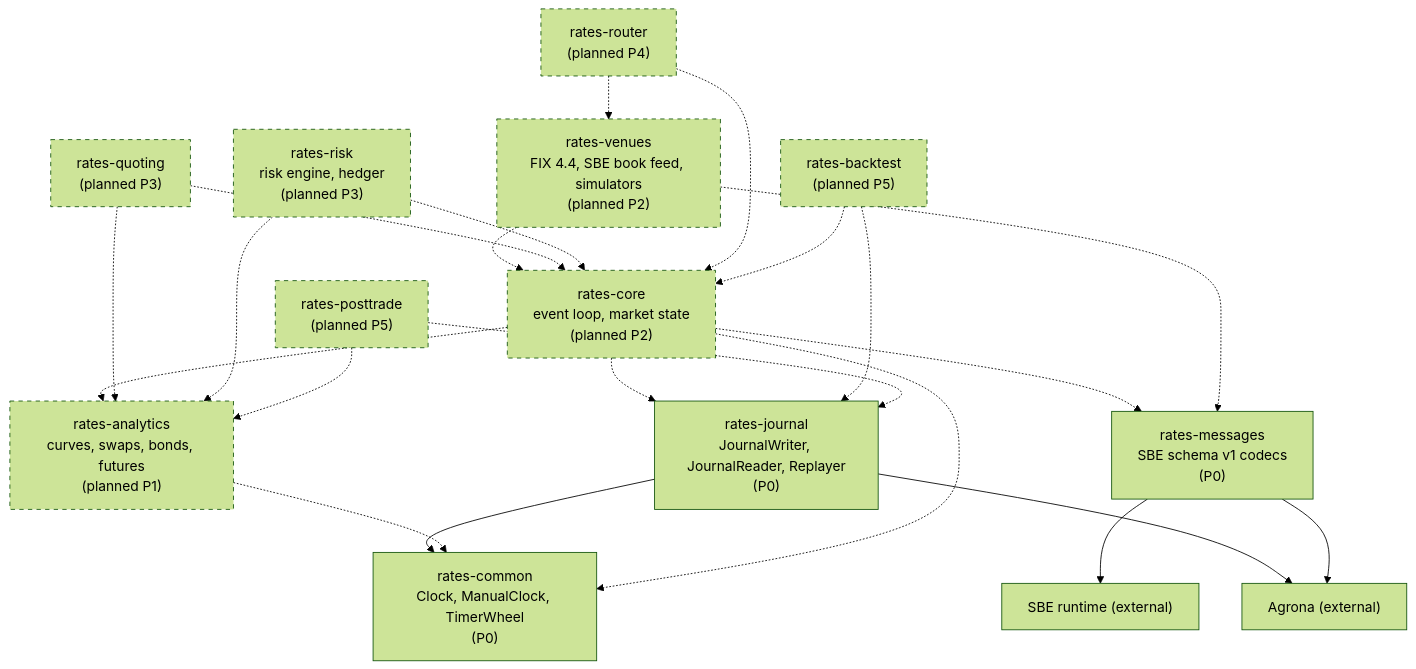
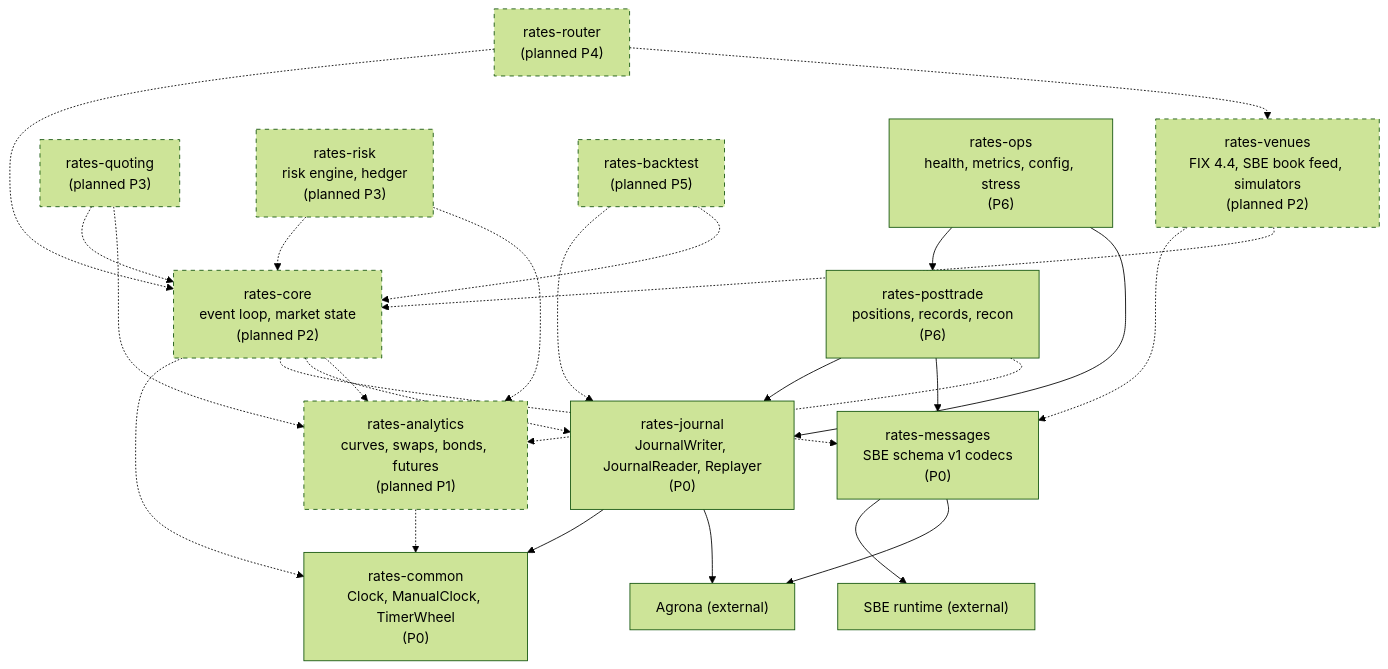
One commit to AshJha0/rates-algo-trading changed the diagram in docs/diagrams/module_deps.mmd. Above: the diagram before and after it, drawn with Mermaid (forest theme). The commit also changed 19 other files, not shown here.

First line of the commit message:
docs(p6): API_SPEC 2.1 and 17, LEARN 12 and 14, ARCHITECTURE, decisions, status, diagrams

```diff
--- a/docs/diagrams/module_deps.mmd
+++ b/docs/diagrams/module_deps.mmd
@@ -1,41 +1,45 @@
 graph TD
   common["rates-common<br/>Clock, ManualClock, TimerWheel<br/>(P0)"]
   messages["rates-messages<br/>SBE schema v1 codecs<br/>(P0)"]
   journal["rates-journal<br/>JournalWriter, JournalReader, Replayer<br/>(P0)"]
   agrona["Agrona (external)"]
   sbe["SBE runtime (external)"]
 
   analytics["rates-analytics<br/>curves, swaps, bonds, futures<br/>(planned P1)"]
   core["rates-core<br/>event loop, market state<br/>(planned P2)"]
   venues["rates-venues<br/>FIX 4.4, SBE book feed, simulators<br/>(planned P2)"]
   quoting["rates-quoting<br/>(planned P3)"]
   risk["rates-risk<br/>risk engine, hedger<br/>(planned P3)"]
   router["rates-router<br/>(planned P4)"]
   backtest["rates-backtest<br/>(planned P5)"]
-  posttrade["rates-posttrade<br/>(planned P5)"]
+  posttrade["rates-posttrade<br/>positions, records, recon<br/>(P6)"]
+  ops["rates-ops<br/>health, metrics, config, stress<br/>(P6)"]
 
   journal --> common
   journal --> agrona
   messages --> sbe
   messages --> agrona
 
   analytics -.-> common
   core -.-> common
   core -.-> messages
   core -.-> journal
   core -.-> analytics
   venues -.-> messages
   venues -.-> core
   quoting -.-> core
   quoting -.-> analytics
   risk -.-> core
   risk -.-> analytics
   router -.-> core
   router -.-> venues
   backtest -.-> journal
   backtest -.-> core
-  posttrade -.-> journal
+  posttrade --> journal
+  posttrade --> messages
   posttrade -.-> analytics
+  ops --> posttrade
+  ops --> journal
 
   classDef planned stroke-dasharray: 5 5
-  class analytics,core,venues,quoting,risk,router,backtest,posttrade planned
+  class analytics,core,venues,quoting,risk,router,backtest planned
```
